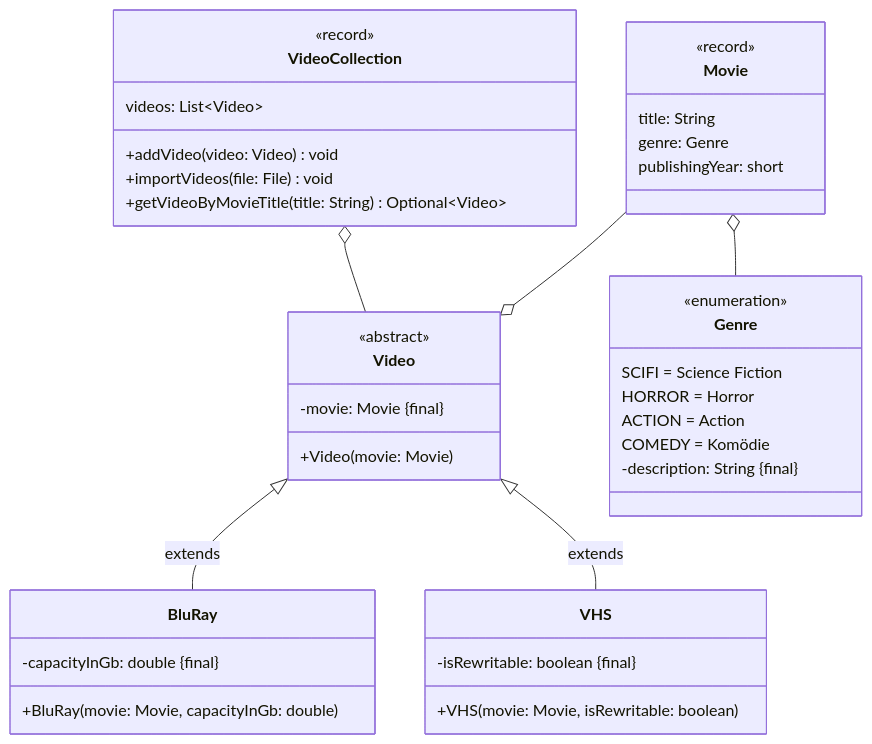
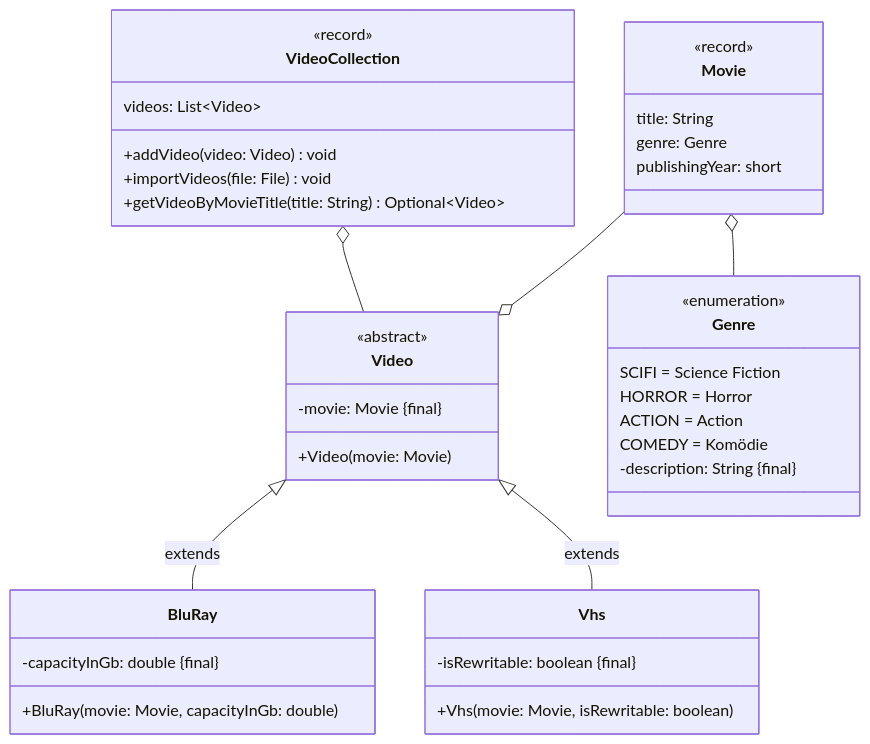
Before and after one commit to jappuccini/java-docs: the diagram in docs/exam-exercises/exam-exercises-java2/class-diagrams/video-collection.md, drawn with Mermaid. The commit also changed 64 other files, not shown here.

````diff
--- a/docs/exam-exercises/exam-exercises-java2/class-diagrams/video-collection.md
+++ b/docs/exam-exercises/exam-exercises-java2/class-diagrams/video-collection.md
@@ -12,48 +12,48 @@
 ```mermaid
 classDiagram
     VideoCollection o-- Video
     Video <|-- BluRay : extends
-    Video <|-- VHS : extends
+    Video <|-- Vhs : extends
     Movie --o Video
     Movie o-- Genre
 
     class VideoCollection {
         <<record>>
         videos: List~Video~
         +addVideo(video: Video) void
         +importVideos(file: File) void
         +getVideoByMovieTitle(title: String) Optional~Video~
     }
 
     class Video {
         <<abstract>>
         -movie: Movie #123;final#125;
         +Video(movie: Movie)
     }
 
-    class VHS {
+    class Vhs {
         -isRewritable: boolean #123;final#125;
-        +VHS(movie: Movie, isRewritable: boolean)
+        +Vhs(movie: Movie, isRewritable: boolean)
     }
 
     class BluRay {
         -capacityInGb: double #123;final#125;
         +BluRay(movie: Movie, capacityInGb: double)
     }
 
     class Movie {
         <<record>>
         title: String
         genre: Genre
         publishingYear: short
     }
 
     class Genre {
         <<enumeration>>
         SCIFI = Science Fiction
         HORROR = Horror
         ACTION = Action
         COMEDY = Komödie
         -description: String #123;final#125;
     }
 ```
````
